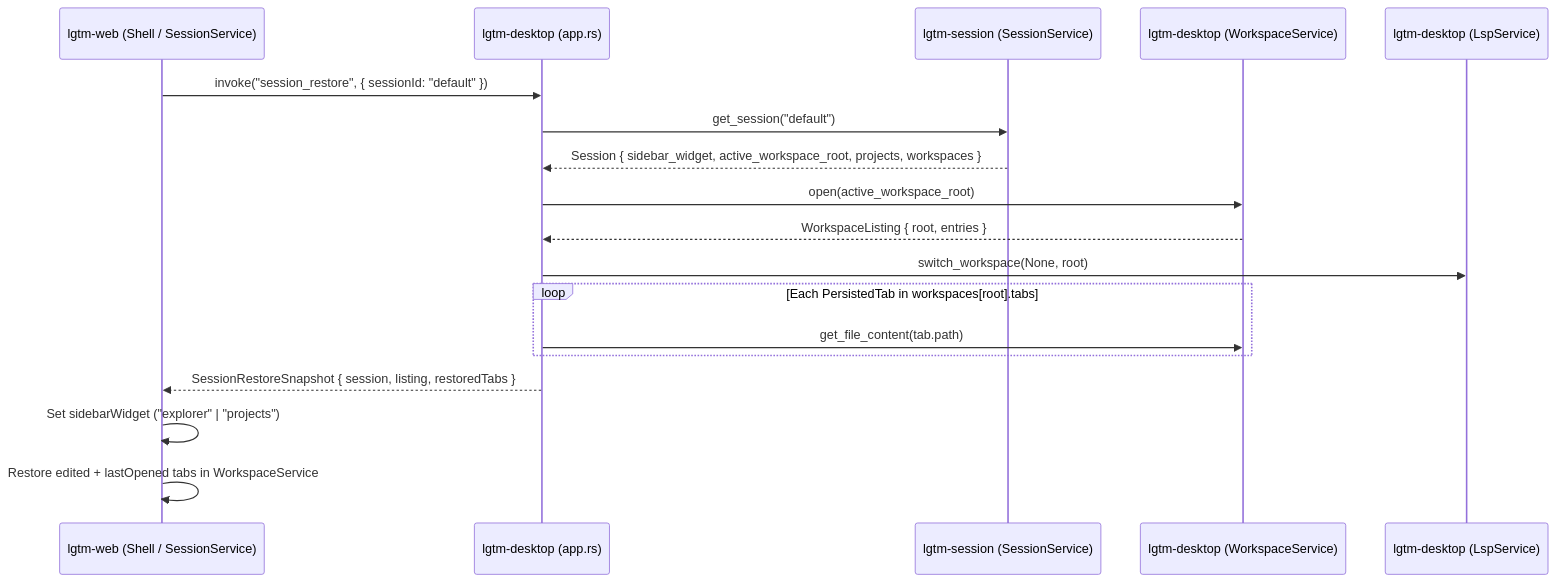
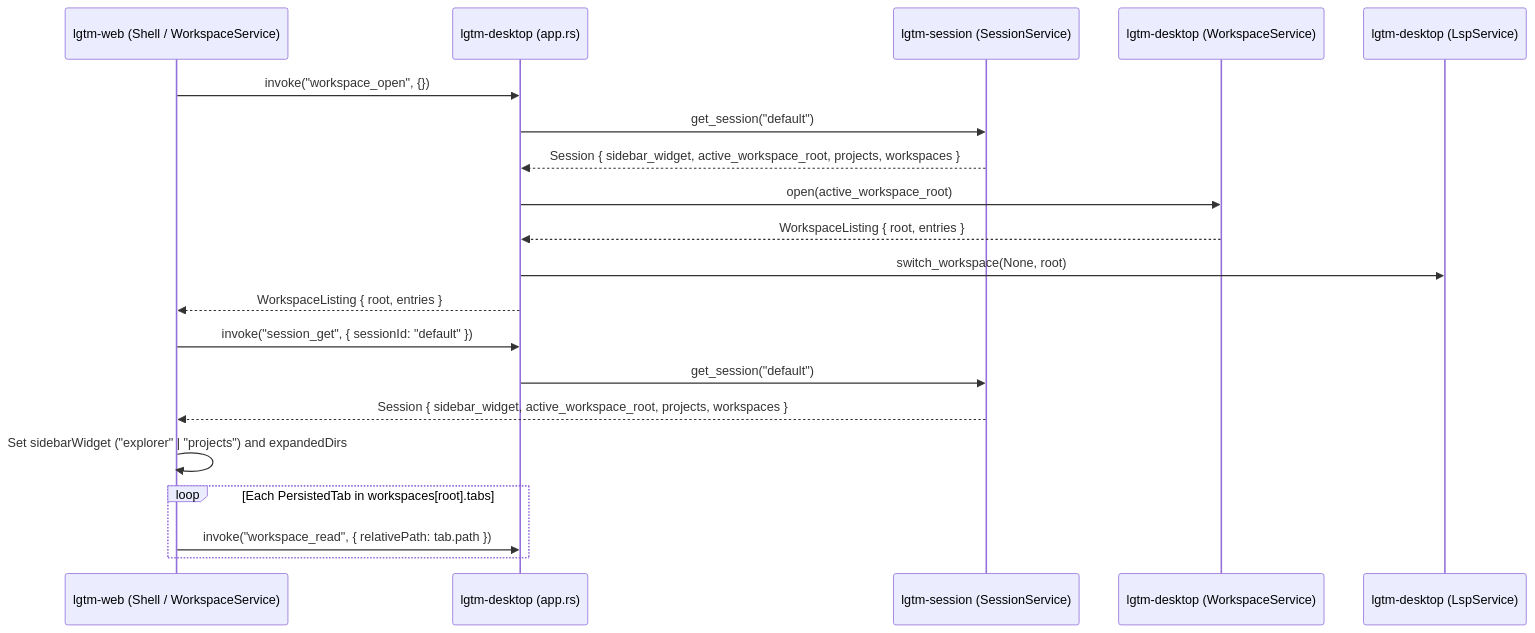
The second of 5 diagrams in docs/architecture/desktop/projects.md (difflab-io/lgtm), drawn with Mermaid before and after one commit. The commit also changed other lines of this file and 33 other files, not shown here.

````diff
--- a/docs/architecture/desktop/projects.md
+++ b/docs/architecture/desktop/projects.md
@@ -84,21 +82,23 @@
 ```mermaid
 sequenceDiagram
-    participant UI as lgtm-web (Shell / SessionService)
+    participant UI as lgtm-web (Shell / WorkspaceService)
     participant Host as lgtm-desktop (app.rs)
     participant Sess as lgtm-session (SessionService)
     participant Ws as lgtm-desktop (WorkspaceService)
     participant Lsp as lgtm-desktop (LspService)
 
-    UI->>Host: invoke("session_restore", { sessionId: "default" })
+    UI->>Host: invoke("workspace_open", {})
     Host->>Sess: get_session("default")
     Sess-->>Host: Session { sidebar_widget, active_workspace_root, projects, workspaces }
     Host->>Ws: open(active_workspace_root)
     Ws-->>Host: WorkspaceListing { root, entries }
     Host->>Lsp: switch_workspace(None, root)
+    Host-->>UI: WorkspaceListing { root, entries }
+    UI->>Host: invoke("session_get", { sessionId: "default" })
+    Host->>Sess: get_session("default")
+    Sess-->>UI: Session { sidebar_widget, active_workspace_root, projects, workspaces }
+    UI->>UI: Set sidebarWidget ("explorer" | "projects") and expandedDirs
     loop Each PersistedTab in workspaces[root].tabs
-        Host->>Ws: get_file_content(tab.path)
+        UI->>Host: invoke("workspace_read", { relativePath: tab.path })
     end
-    Host-->>UI: SessionRestoreSnapshot { session, listing, restoredTabs }
-    UI->>UI: Set sidebarWidget ("explorer" | "projects")
-    UI->>UI: Restore edited + lastOpened tabs in WorkspaceService
 ```
````
